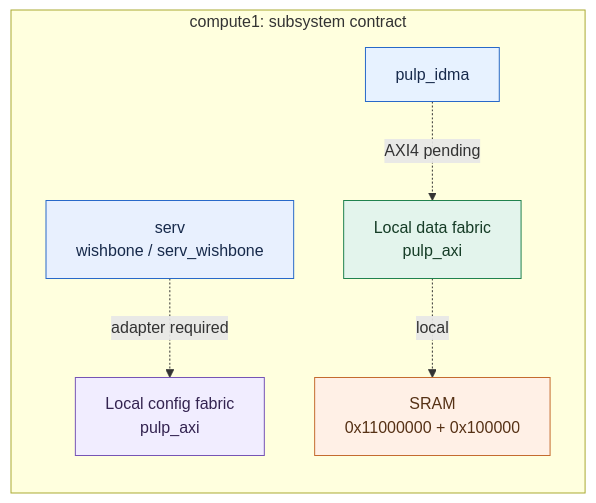
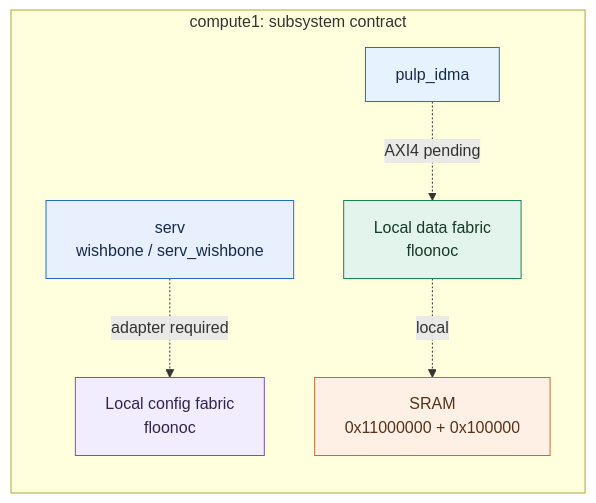
Before and after one commit to r987r/xezim-hello-world: the diagram in gen/diagrams/subsystems/compute1.mmd, drawn with Mermaid. The commit also changed 10 other files, not shown here.

Commit message:
Regenerate SoC diagrams for unified FlooNoC topology

```diff
--- a/gen/diagrams/subsystems/compute1.mmd
+++ b/gen/diagrams/subsystems/compute1.mmd
@@ -1,19 +1,19 @@
 flowchart TB
   classDef cpu fill:#e8f0fe,stroke:#2869c9,color:#172a4b,stroke-width:1px;
   classDef dma fill:#e7f2ff,stroke:#2869c9,color:#172a4b,stroke-width:1px;
   classDef fabric fill:#e3f4ec,stroke:#20824e,color:#153c26,stroke-width:1px;
   classDef memory fill:#fff0e6,stroke:#c46b2f,color:#563115,stroke-width:1px;
   classDef config fill:#f1edff,stroke:#7654b5,color:#342451,stroke-width:1px;
   classDef verification fill:#e3f4ec,stroke:#20824e,color:#153c26,stroke-width:1px;
   classDef model fill:#f2f2f2,stroke:#888888,color:#333333,stroke-width:1px;
   subgraph compute1_subsystem["compute1: subsystem contract"]
     direction TB
     compute1_cpu["serv<br/>wishbone / serv_wishbone"]:::cpu
     compute1_dma["pulp_idma"]:::dma
-    compute1_data["Local data fabric<br/>pulp_axi"]:::fabric
-    compute1_config["Local config fabric<br/>pulp_axi"]:::config
+    compute1_data["Local data fabric<br/>floonoc"]:::fabric
+    compute1_config["Local config fabric<br/>floonoc"]:::config
     compute1_sram["SRAM<br/>0x11000000 + 0x100000"]:::memory
   end
   compute1_cpu -.->|adapter required| compute1_config
   compute1_dma -.->|AXI4 pending| compute1_data
   compute1_data -.->|local| compute1_sram
```
